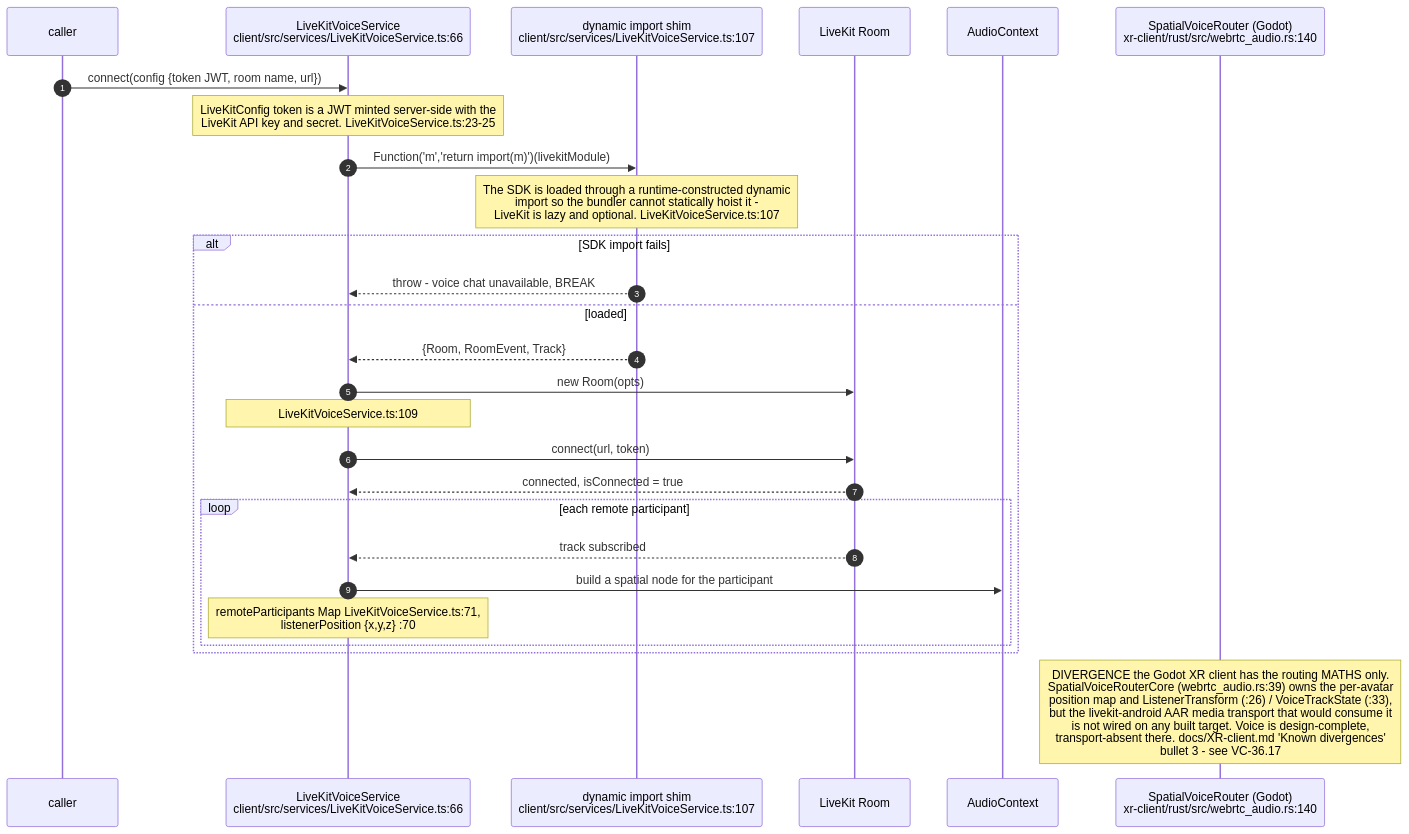
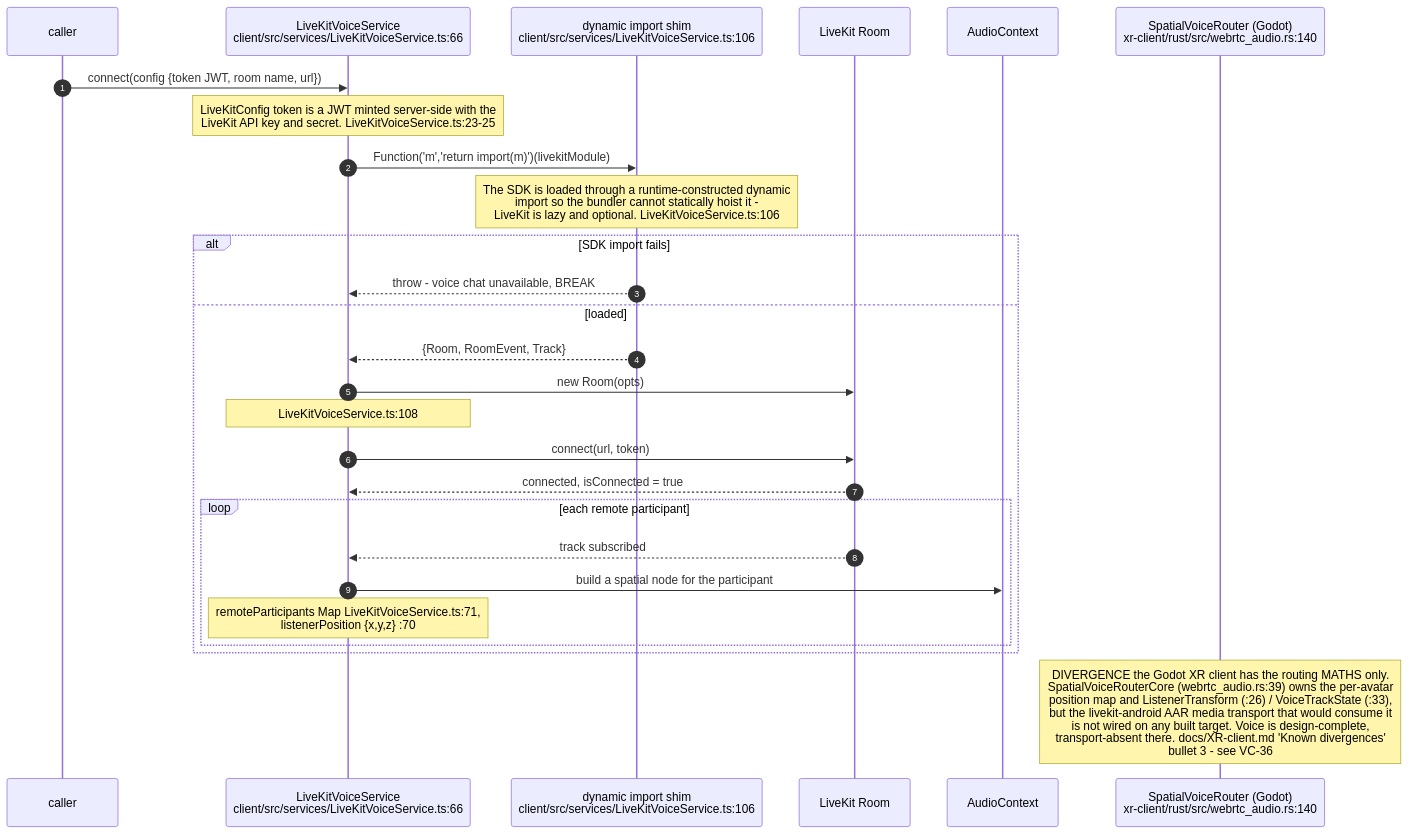
The ninth of 12 diagrams in docs/diagrams/visionclaw/35-voice-end-to-end.md (DreamLab-AI/VisionFlow), drawn with Mermaid before and after one commit. The commit also changed other lines of this file and 136 other files, not shown here.

First line of the commit message:
docs(diagrams): refresh the whole corpus to code HEAD and prune low-value diagrams

````diff
--- a/docs/diagrams/visionclaw/35-voice-end-to-end.md
+++ b/docs/diagrams/visionclaw/35-voice-end-to-end.md
@@ -533,30 +442,30 @@
 ```mermaid
 sequenceDiagram
     autonumber
     participant UI as caller
     participant LK as LiveKitVoiceService<br/>client/src/services/LiveKitVoiceService.ts:66
-    participant DI as dynamic import shim<br/>client/src/services/LiveKitVoiceService.ts:107
+    participant DI as dynamic import shim<br/>client/src/services/LiveKitVoiceService.ts:106
     participant RM as LiveKit Room
     participant AC as AudioContext
     participant XR as SpatialVoiceRouter (Godot)<br/>xr-client/rust/src/webrtc_audio.rs:140
 
     UI->>LK: connect(config {token JWT, room name, url})
     Note over LK: LiveKitConfig token is a JWT minted server-side with the<br/>LiveKit API key and secret. LiveKitVoiceService.ts:23-25
     LK->>DI: Function('m','return import(m)')(livekitModule)
-    Note over DI: The SDK is loaded through a runtime-constructed dynamic<br/>import so the bundler cannot statically hoist it -<br/>LiveKit is lazy and optional. LiveKitVoiceService.ts:107
+    Note over DI: The SDK is loaded through a runtime-constructed dynamic<br/>import so the bundler cannot statically hoist it -<br/>LiveKit is lazy and optional. LiveKitVoiceService.ts:106
     alt SDK import fails
         DI-->>LK: throw - voice chat unavailable, BREAK
     else loaded
         DI-->>LK: {Room, RoomEvent, Track}
         LK->>RM: new Room(opts)
-        Note over LK: LiveKitVoiceService.ts:109
+        Note over LK: LiveKitVoiceService.ts:108
         LK->>RM: connect(url, token)
         RM-->>LK: connected, isConnected = true
         loop each remote participant
             RM-->>LK: track subscribed
             LK->>AC: build a spatial node for the participant
             Note over LK: remoteParticipants Map LiveKitVoiceService.ts:71,<br/>listenerPosition {x,y,z} :70
         end
     end
-    Note over XR: DIVERGENCE the Godot XR client has the routing MATHS only.<br/>SpatialVoiceRouterCore (webrtc_audio.rs:39) owns the per-avatar<br/>position map and ListenerTransform (:26) / VoiceTrackState (:33),<br/>but the livekit-android AAR media transport that would consume it<br/>is not wired on any built target. Voice is design-complete,<br/>transport-absent there. docs/XR-client.md 'Known divergences'<br/>bullet 3 - see VC-36.17
+    Note over XR: DIVERGENCE the Godot XR client has the routing MATHS only.<br/>SpatialVoiceRouterCore (webrtc_audio.rs:39) owns the per-avatar<br/>position map and ListenerTransform (:26) / VoiceTrackState (:33),<br/>but the livekit-android AAR media transport that would consume it<br/>is not wired on any built target. Voice is design-complete,<br/>transport-absent there. docs/XR-client.md 'Known divergences'<br/>bullet 3 - see VC-36
 ```
````
